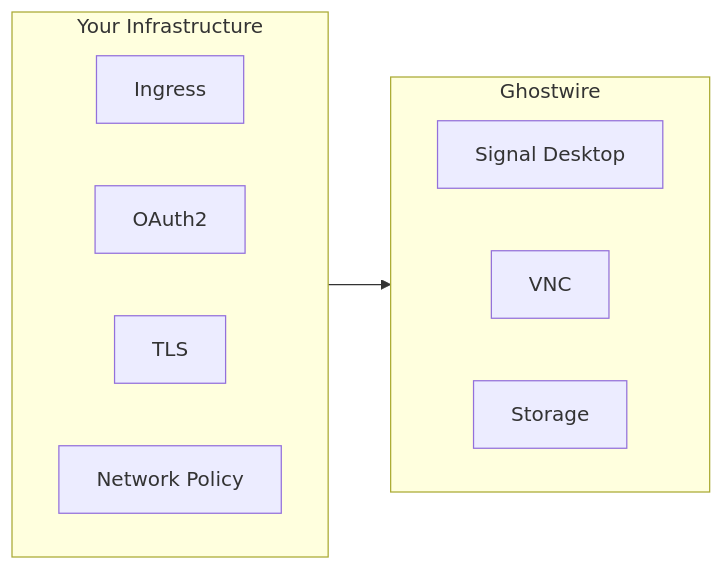
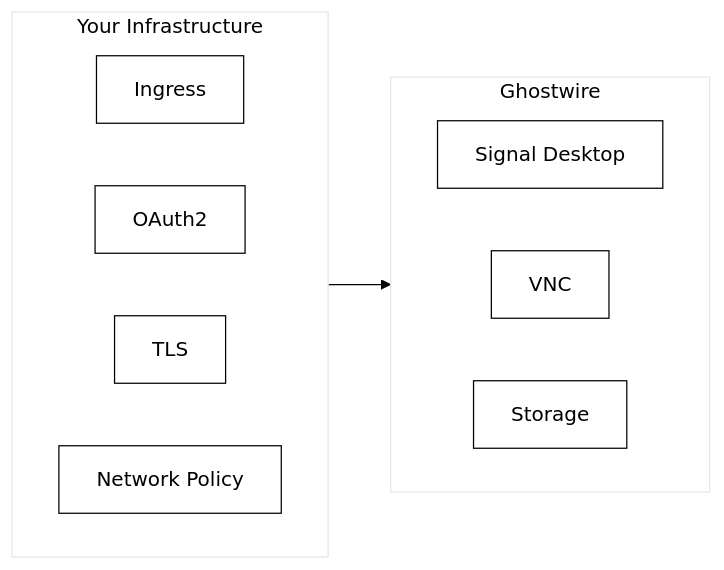
One commit to drengskapur/ghostwire changed the diagram in README.md. Above: the diagram before and after it, drawn with Mermaid.

Commit message:
docs: apply black and white theme to architecture diagram

````diff
--- a/README.md
+++ b/README.md
@@ -70,19 +70,20 @@
 ```mermaid
+%%{init: {'theme':'base', 'themeVariables': { 'primaryColor':'#fff','primaryTextColor':'#000','primaryBorderColor':'#000','lineColor':'#000','secondaryColor':'#fff','tertiaryColor':'#fff'}}}%%
 graph LR
     subgraph Infrastructure ["Your Infrastructure"]
         direction LR
         I1[Ingress]
         I2[OAuth2]
         I3[TLS]
         I4[Network Policy]
     end
 
     subgraph Ghostwire ["Ghostwire"]
         direction LR
         G1[Signal Desktop]
         G2[VNC]
         G3[Storage]
     end
 
     Infrastructure --> Ghostwire
 ```
````
